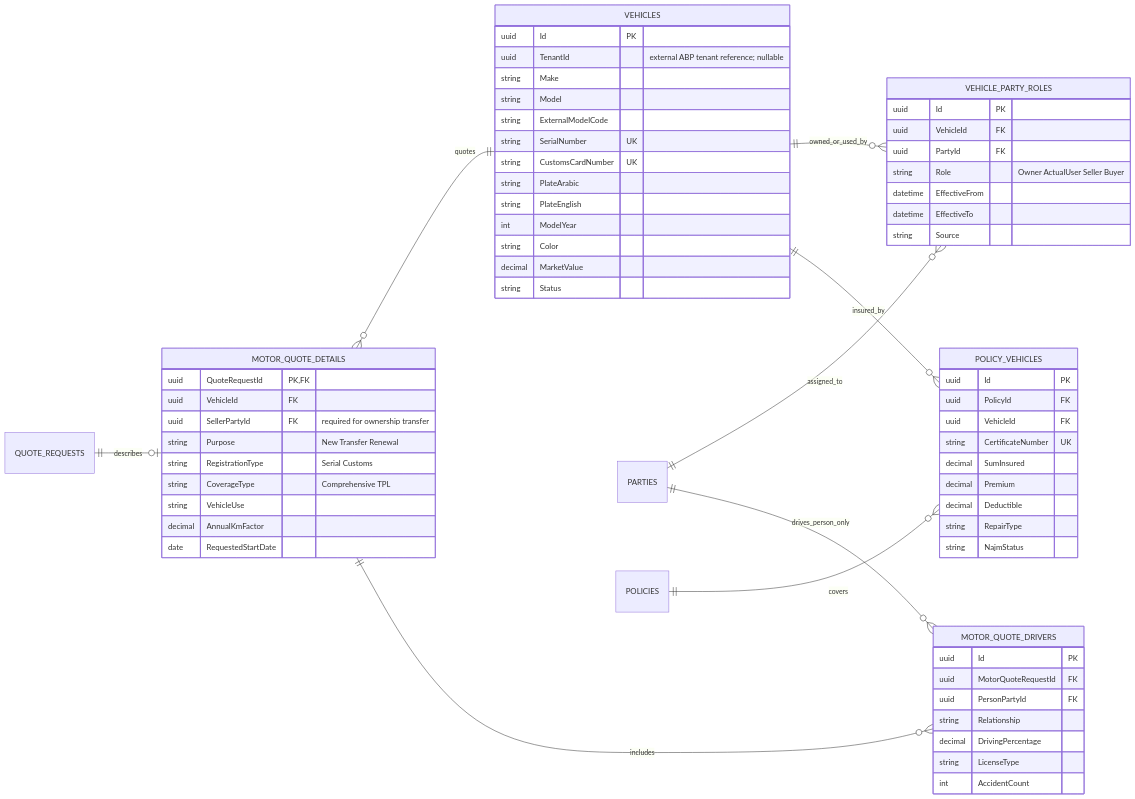
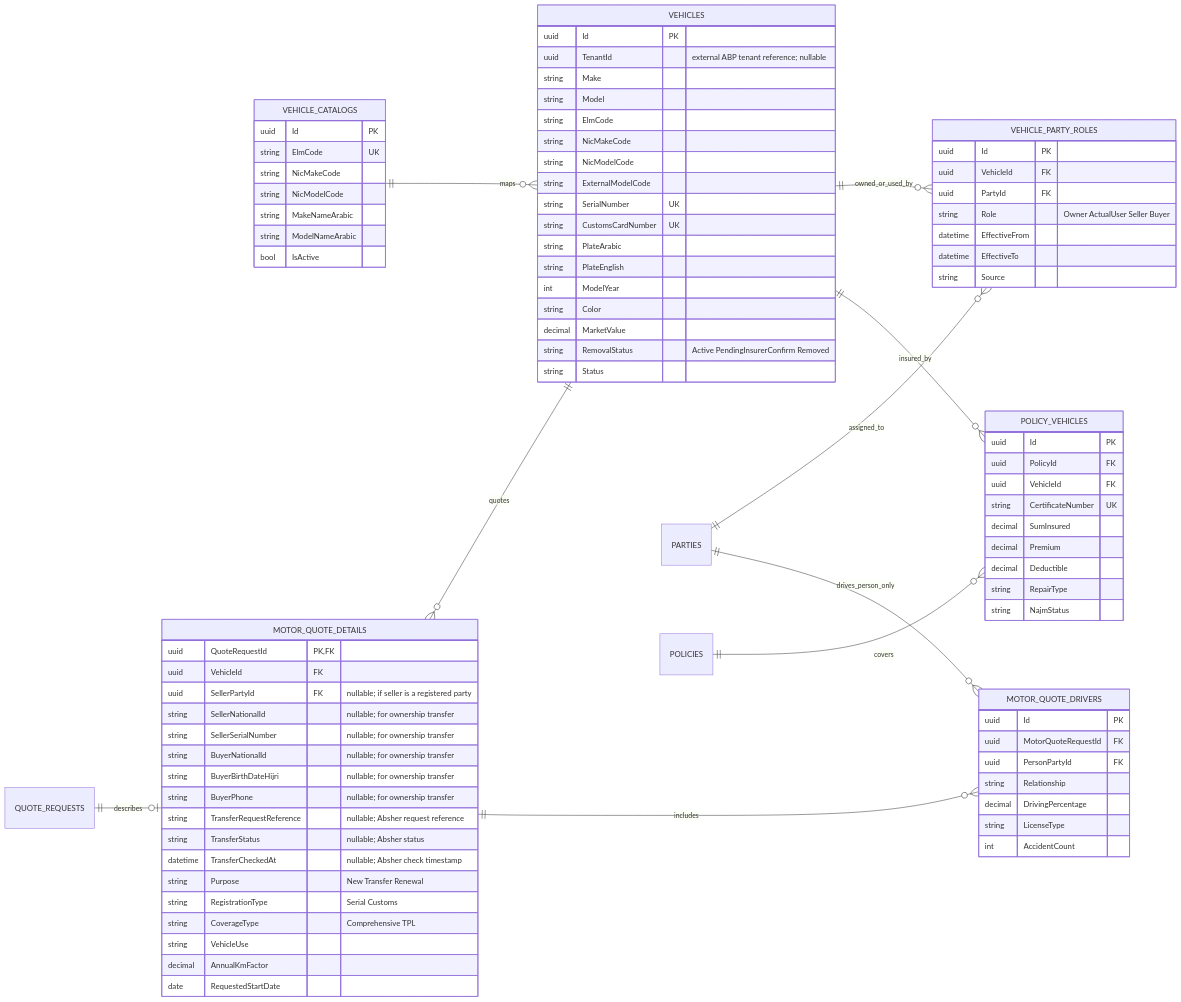
Before and after one commit to mahshokral7osam/Thiqatak_UI: the fourth of 7 diagrams in docs/Thiqatak.Business-ERD.md, drawn with Mermaid. The commit also changed other lines of this file and 5 other files, not shown here.

Commit message:
feat(erd): integrate Elm/NIC catalogs, ZATCA e-invoicing, business audit logs, and government integration fields

````diff
--- a/docs/Thiqatak.Business-ERD.md
+++ b/docs/Thiqatak.Business-ERD.md
@@ -385,6 +403,7 @@
 ```mermaid
 erDiagram
     direction LR
+    VEHICLE_CATALOGS ||--o{ VEHICLES : maps
     VEHICLES ||--o{ VEHICLE_PARTY_ROLES : owned_or_used_by
     PARTIES ||--o{ VEHICLE_PARTY_ROLES : assigned_to
     QUOTE_REQUESTS ||--o| MOTOR_QUOTE_DETAILS : describes
@@ -394,11 +413,23 @@
     POLICIES ||--o{ POLICY_VEHICLES : covers
     VEHICLES ||--o{ POLICY_VEHICLES : insured_by
 
+    VEHICLE_CATALOGS {
+        uuid Id PK
+        string ElmCode UK
+        string NicMakeCode
+        string NicModelCode
+        string MakeNameArabic
+        string ModelNameArabic
+        bool IsActive
+    }
     VEHICLES {
         uuid Id PK
         uuid TenantId "external ABP tenant reference; nullable"
         string Make
         string Model
+        string ElmCode
+        string NicMakeCode
+        string NicModelCode
         string ExternalModelCode
         string SerialNumber UK
         string CustomsCardNumber UK
@@ -407,6 +438,7 @@
         int ModelYear
         string Color
         decimal MarketValue
+        string RemovalStatus "Active PendingInsurerConfirm Removed"
         string Status
     }
     VEHICLE_PARTY_ROLES {
@@ -421,7 +453,15 @@
     MOTOR_QUOTE_DETAILS {
         uuid QuoteRequestId PK, FK
         uuid VehicleId FK
-        uuid SellerPartyId FK "required for ownership transfer"
+        uuid SellerPartyId FK "nullable; if seller is a registered party"
+        string SellerNationalId "nullable; for ownership transfer"
+        string SellerSerialNumber "nullable; for ownership transfer"
+        string BuyerNationalId "nullable; for ownership transfer"
+        string BuyerBirthDateHijri "nullable; for ownership transfer"
+        string BuyerPhone "nullable; for ownership transfer"
+        string TransferRequestReference "nullable; Absher request reference"
+        string TransferStatus "nullable; Absher status"
+        datetime TransferCheckedAt "nullable; Absher check timestamp"
         string Purpose "New Transfer Renewal"
         string RegistrationType "Serial Customs"
         string CoverageType "Comprehensive TPL"
````
